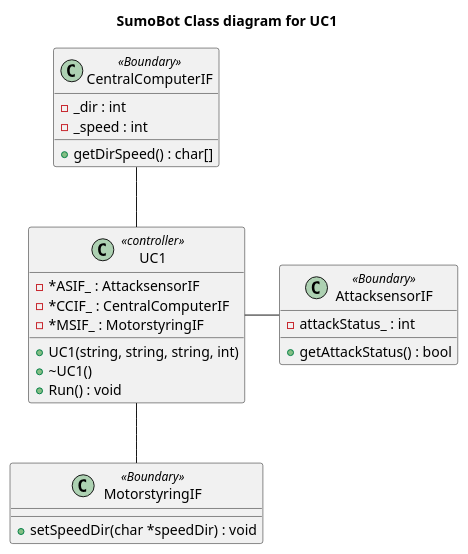
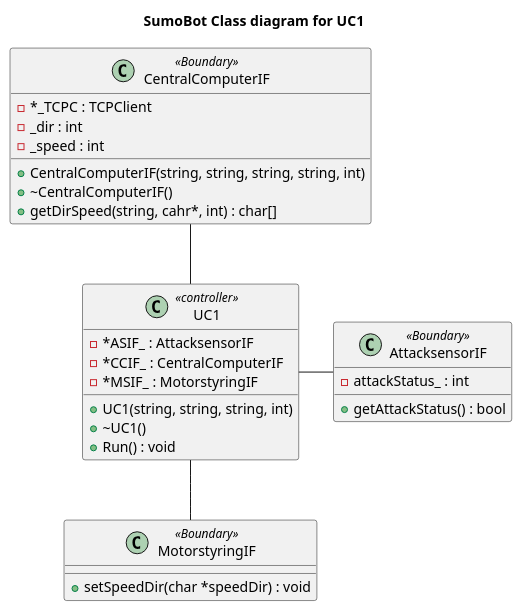
One commit to Solvgraa-mager/E3PRJ3 changed the diagram in Diagrammer/SumoBot/Classdiagram/SumoBot_ClassDiagram/SumoBot_ClassDiagram.plantuml. Above: the diagram before and after it, drawn with PlantUML. The commit also changed 8 other files, not shown here.

Commit message:
class diagram update

```diff
--- a/Diagrammer/SumoBot/Classdiagram/SumoBot_ClassDiagram/SumoBot_ClassDiagram.plantuml
+++ b/Diagrammer/SumoBot/Classdiagram/SumoBot_ClassDiagram/SumoBot_ClassDiagram.plantuml
@@ -1,32 +1,35 @@
 @startuml
 title SumoBot Class diagram for UC1
 
 
 class UC1 <<controller>>{
     -*ASIF_ : AttacksensorIF
     -*CCIF_ : CentralComputerIF
     -*MSIF_ : MotorstyringIF
     +UC1(string, string, string, int)
     +~UC1()
     +Run() : void
 }
 
 class AttacksensorIF<<Boundary>>{
     -attackStatus_ : int
     +getAttackStatus() : bool 
 }
 
 class MotorstyringIF <<Boundary>>{
     +setSpeedDir(char *speedDir) : void
 }
 class CentralComputerIF <<Boundary>>{
+    -*_TCPC : TCPClient
     -_dir : int
     -_speed : int
-    +getDirSpeed() : char[]
+    +CentralComputerIF(string, string, string, string, int)
+    +~CentralComputerIF()
+    +getDirSpeed(string, cahr*, int) : char[]
 }
 
 CentralComputerIF -- UC1
 UC1 -- MotorstyringIF
 UC1 - AttacksensorIF
 
 @enduml
```
